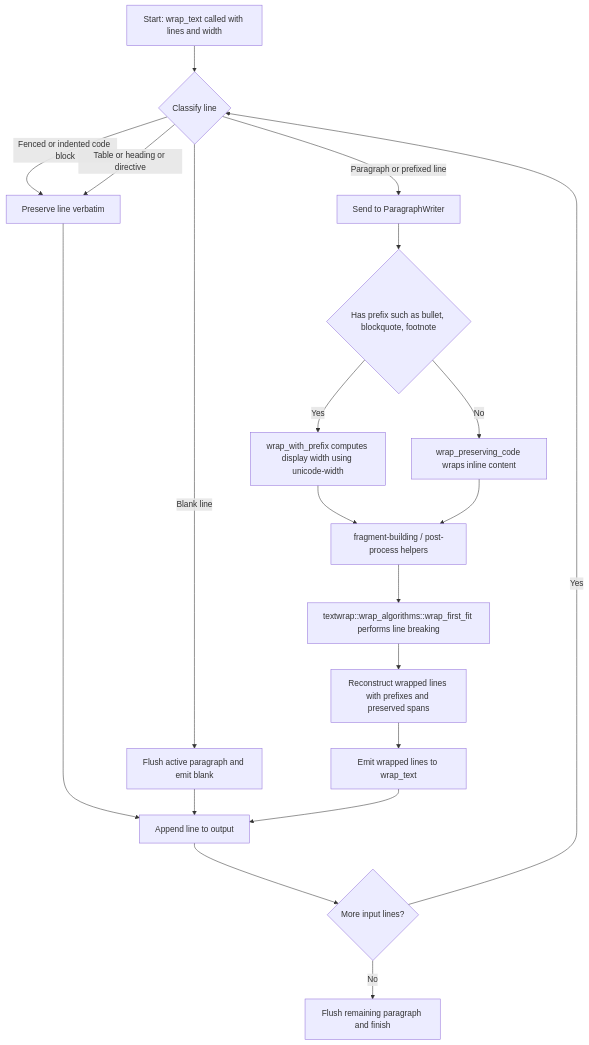
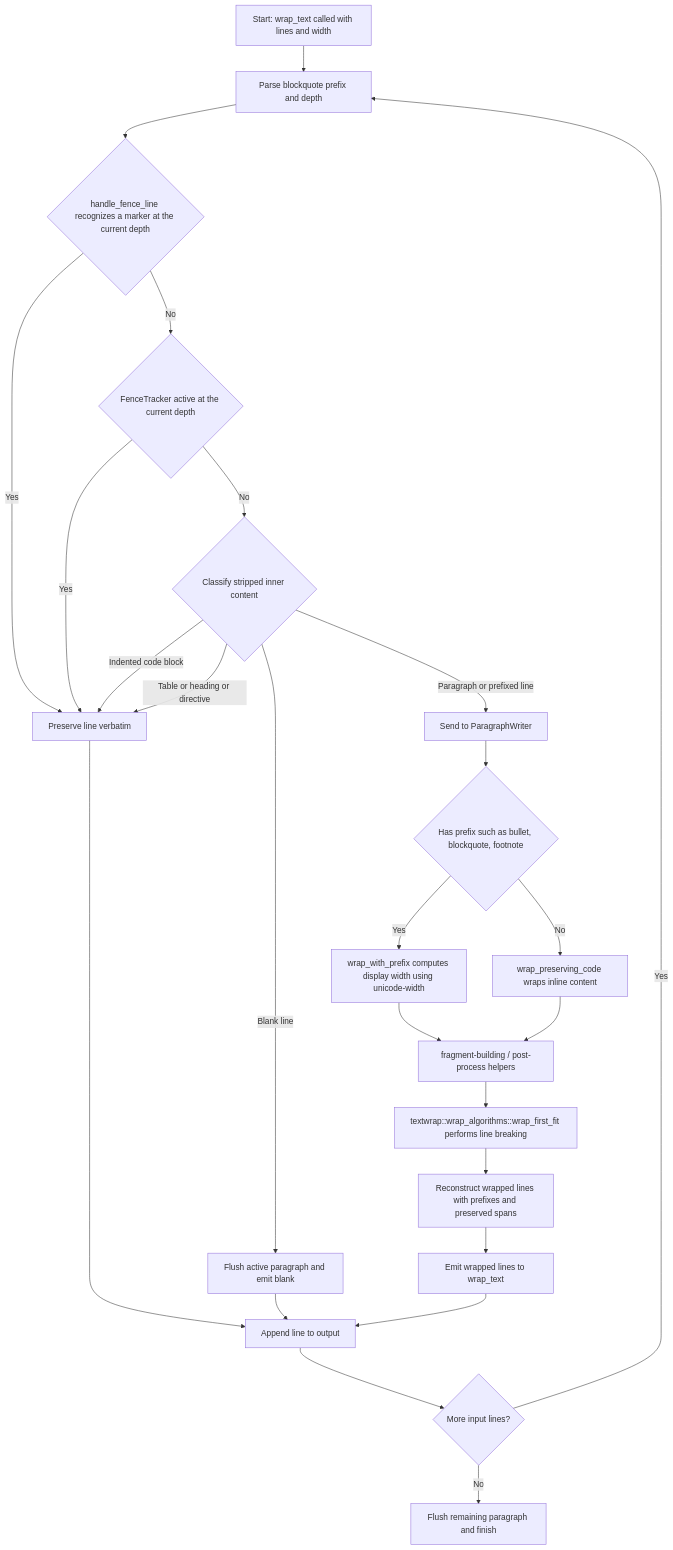
Before and after one commit to leynos/mdtablefix: the fourth of 6 diagrams in docs/architecture.md, drawn with Mermaid. The commit also changed other lines of this file and 38 other files, not shown here.

````diff
--- a/docs/architecture.md
+++ b/docs/architecture.md
@@ -500,28 +509,33 @@
 ```mermaid
 flowchart TD
-    A[Start: wrap_text called with lines and width] --> B{Classify line}
+    A[Start: wrap_text called with lines and width] --> P[Parse blockquote prefix and depth]
+    P --> Q{handle_fence_line recognizes a marker at the current depth}
+    Q -->|Yes| C[Preserve line verbatim]
+    Q -->|No| R{FenceTracker active at the current depth}
+    R -->|Yes| C
+    R -->|No| B{Classify stripped inner content}
 
-    B -->|Fenced or indented code block| C[Preserve line verbatim]
+    B -->|Indented code block| C
     B -->|Table or heading or directive| C
     B -->|Blank line| D[Flush active paragraph and emit blank]
     B -->|Paragraph or prefixed line| E[Send to ParagraphWriter]
 
     E --> F{Has prefix such as bullet, blockquote, footnote}
     F -->|Yes| G[wrap_with_prefix computes display width using unicode-width]
     F -->|No| H[wrap_preserving_code wraps inline content]
 
     G --> I[fragment-building / post-process helpers]
     H --> I
 
     I --> J[textwrap::wrap_algorithms::wrap_first_fit performs line breaking]
     J --> K[Reconstruct wrapped lines with prefixes and preserved spans]
     K --> L[Emit wrapped lines to wrap_text]
 
     C --> M[Append line to output]
     D --> M
     L --> M
 
     M --> N{More input lines?}
-    N -->|Yes| B
+    N -->|Yes| P
     N -->|No| O[Flush remaining paragraph and finish]
 ```
````
